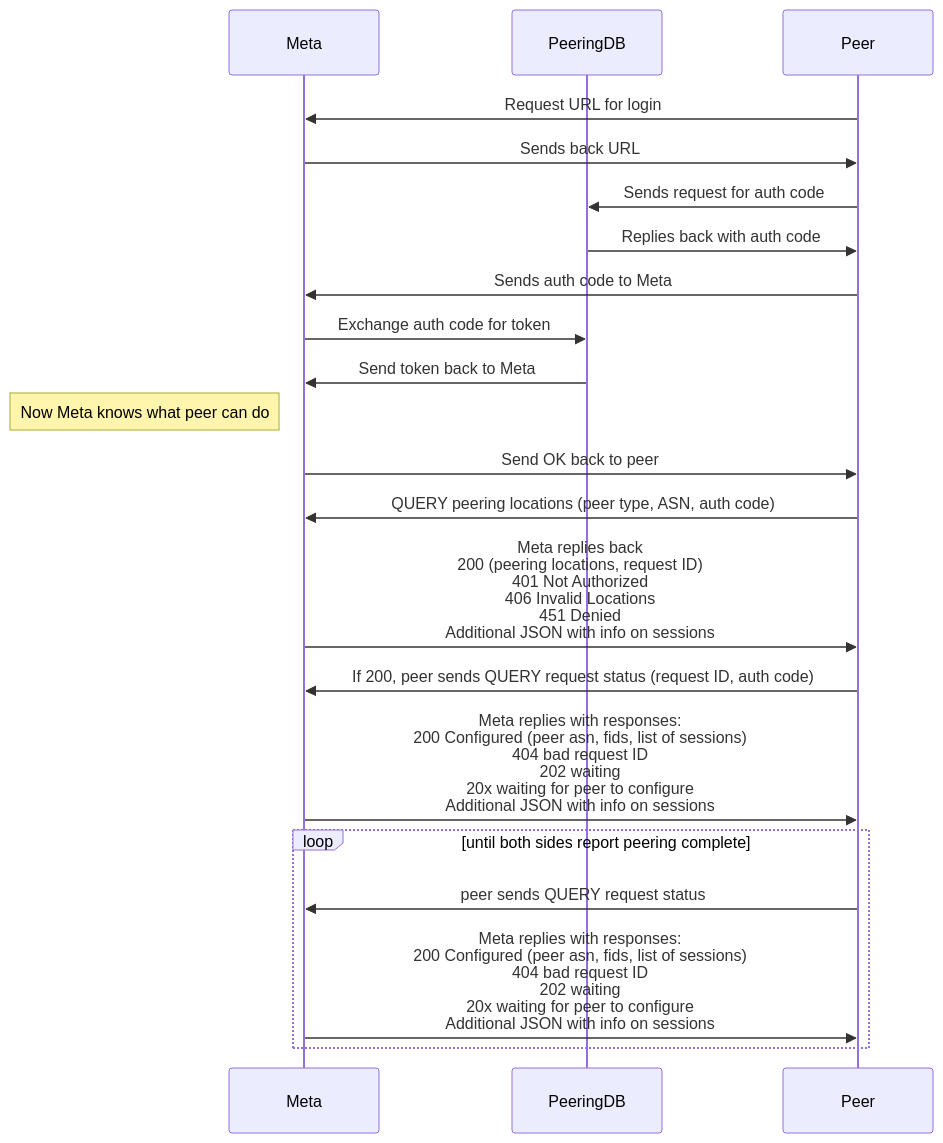
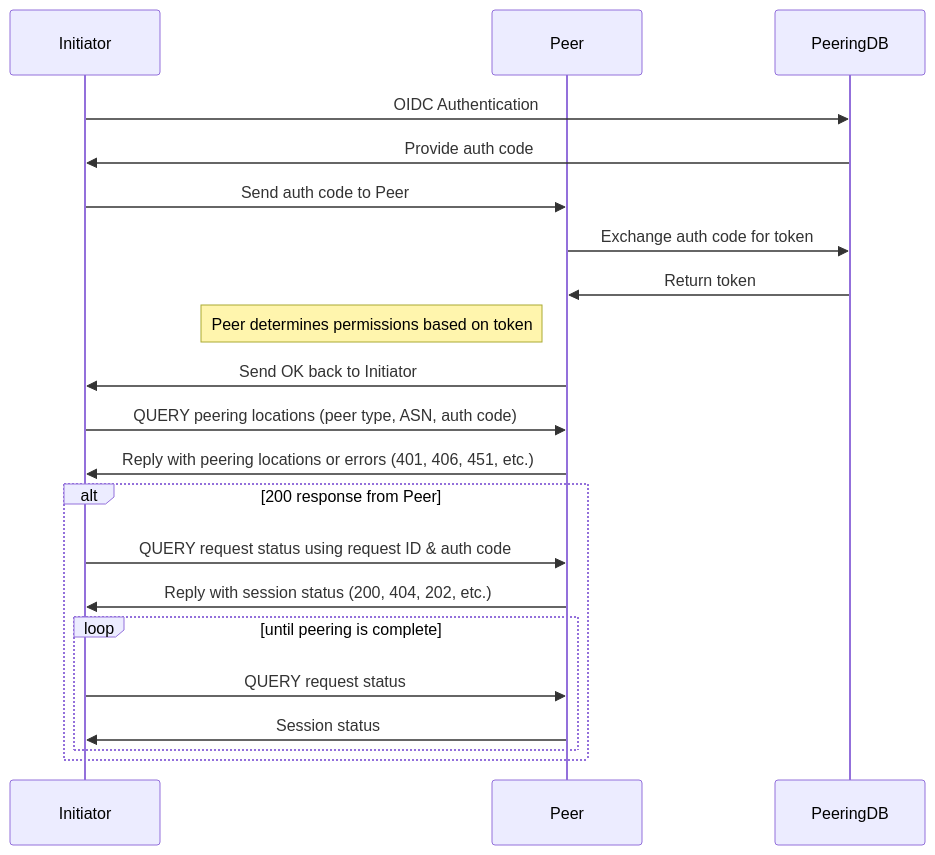
Before and after one commit to bgp/autopeer: the diagram in README.md, drawn with Mermaid.

Commit message:
update mermaid for current seq

````diff
--- a/README.md
+++ b/README.md
@@ -8,23 +8,26 @@
 ```mermaid
 sequenceDiagram
-    participant Meta
+    participant Initiator
+    participant Peer
     participant PeeringDB
-    participant Peer
-    Peer->>Meta: Request URL for login
-    Meta->>Peer: Sends back URL
-    Peer->>PeeringDB: Sends request for auth code
-    PeeringDB->>Peer: Replies back with auth code
-    Peer->>Meta: Sends auth code to Meta
-    Meta->>PeeringDB: Exchange auth code for token
-    PeeringDB->>Meta: Send token back to Meta
-    Note left of Meta: Now Meta knows what peer can do
-    Meta->>Peer: Send OK back to peer
-    Peer->>Meta: QUERY peering locations (peer type, ASN, auth code)
-    Meta->>Peer: Meta replies back<br/>200 (peering locations, request ID)<br/>401 Not Authorized<br/>406 Invalid Locations<br/>451 Denied<br/>Additional JSON with info on sessions
-    Peer->>Meta: If 200, peer sends QUERY request status (request ID, auth code)
-    Meta->>Peer: Meta replies with responses:<br/>200 Configured (peer asn, fids, list of sessions)<br/>404 bad request ID<br/>202 waiting<br/>20x waiting for peer to configure<br/>Additional JSON with info on sessions
-    loop until both sides report peering complete
-        Peer->>Meta: peer sends QUERY request status
-		Meta->>Peer: Meta replies with responses:<br/>200 Configured (peer asn, fids, list of sessions)<br/>404 bad request ID<br/>202 waiting<br/>20x waiting for peer to configure<br/>Additional JSON with info on sessions
+
+    Initiator->>PeeringDB: OIDC Authentication
+    PeeringDB->>Initiator: Provide auth code
+    Initiator->>Peer: Send auth code to Peer
+    Peer->>PeeringDB: Exchange auth code for token
+    PeeringDB->>Peer: Return token
+    Note left of Peer: Peer determines permissions based on token
+    Peer->>Initiator: Send OK back to Initiator
+
+    Initiator->>Peer: QUERY peering locations (peer type, ASN, auth code)
+    Peer->>Initiator: Reply with peering locations or errors (401, 406, 451, etc.)
+
+    alt 200 response from Peer
+        Initiator->>Peer: QUERY request status using request ID & auth code
+        Peer->>Initiator: Reply with session status (200, 404, 202, etc.)
+        loop until peering is complete
+            Initiator->>Peer: QUERY request status
+		    Peer->>Initiator: Session status
+        end
     end
 ```
````
